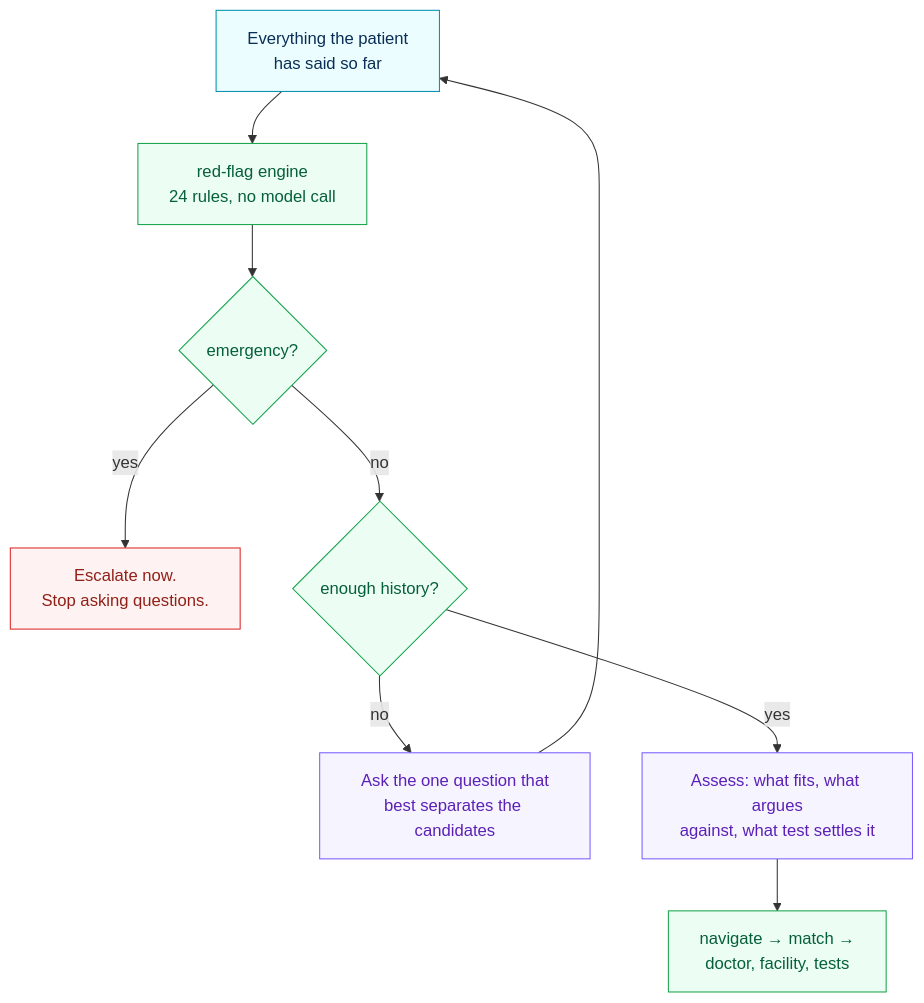
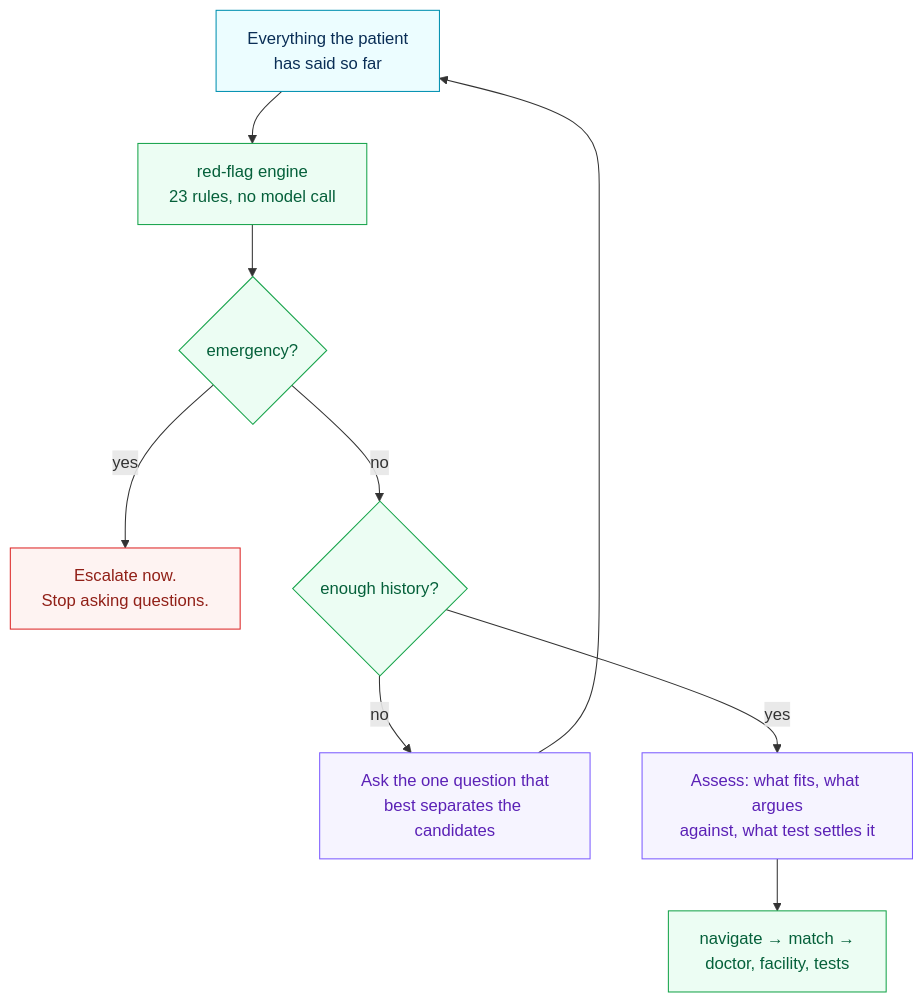
One commit to Pasidu-Mihiranga/SuwaPath changed the first of 5 diagrams in README.md. Above: the diagram before and after it, drawn with Mermaid. The commit also changed other lines of this file and 2 other files, not shown here.

Commit message:
docs(architecture): explain the agent loop and where determinism belongs

````diff
--- a/README.md
+++ b/README.md
@@ -119,16 +119,16 @@
 ```mermaid
 flowchart TB
-    T["Everything the patient<br/>has said so far"]:::role --> RF["red-flag engine<br/>24 rules, no model call"]:::det
+    T["Everything the patient<br/>has said so far"]:::role --> RF["red-flag engine<br/>23 rules, no model call"]:::det
     RF --> Q{"emergency?"}:::det
     Q -->|yes| ESC["Escalate now.<br/>Stop asking questions."]:::stop
     Q -->|no| E{"enough history?"}:::det
     E -->|no| ASK["Ask the one question that<br/>best separates the candidates"]:::ai
     E -->|yes| ASSESS["Assess: what fits, what argues<br/>against, what test settles it"]:::ai
     ASK --> T
     ASSESS --> NAV["navigate → match →<br/>doctor, facility, tests"]:::det
 
     classDef role fill:#ecfdff,stroke:#0090b0,color:#0a2e56
     classDef det fill:#ecfdf3,stroke:#16a34a,color:#05603a
     classDef ai fill:#f6f4ff,stroke:#7c5cff,color:#5b21b6
     classDef stop fill:#fef3f2,stroke:#dc2626,color:#912018
 ```
````
